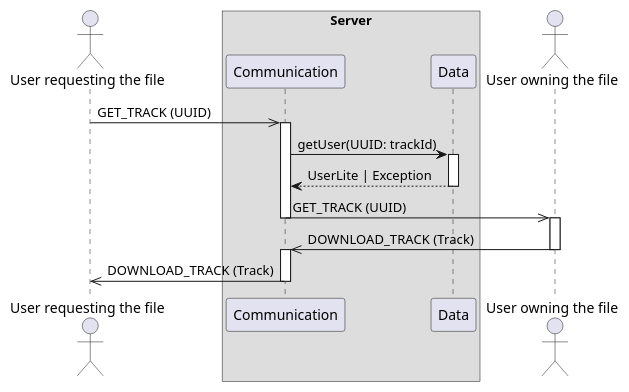
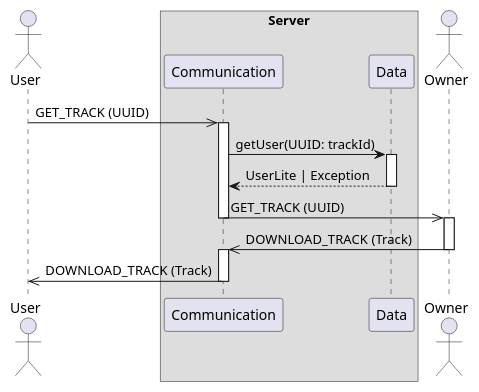
The diagram in sequence/2.2.download_music_server.puml (UTCAI12/Diagrams), drawn with PlantUML before and after one commit. The commit also changed 6 other files, not shown here.

```diff
--- a/sequence/2.2.download_music_server.puml
+++ b/sequence/2.2.download_music_server.puml
@@ -1,29 +1,29 @@
 @startuml 2.2 User add a music to his local library from a distant file (server side)
-actor "User requesting the file" as User1
+actor "User" as user
 box Server
     participant Communication
     participant Data
 end box
-actor "User owning the file" as User2
+actor "Owner" as owner
 
-User1 ->> Communication : GET_TRACK (UUID)
+user ->> Communication : GET_TRACK (UUID)
 activate Communication
 
 Communication -> Data : getUser(UUID: trackId)
 activate Data
 
 Data --> Communication : UserLite | Exception
 deactivate Data
 
-Communication ->> User2 : GET_TRACK (UUID)
+Communication ->> owner : GET_TRACK (UUID)
 deactivate Communication
-activate User2
+activate owner
 
-User2 ->> Communication : DOWNLOAD_TRACK (Track)
-deactivate User2
+owner ->> Communication : DOWNLOAD_TRACK (Track)
+deactivate owner
 activate Communication
 
-Communication ->> User1 : DOWNLOAD_TRACK (Track)
+Communication ->> user : DOWNLOAD_TRACK (Track)
 deactivate Communication
 
 @enduml
```
